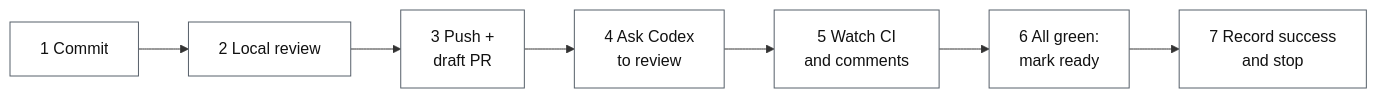
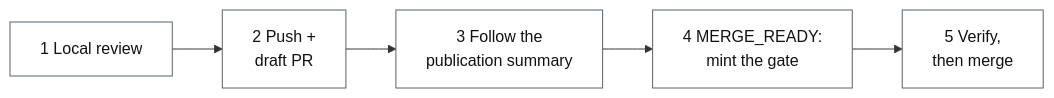
Before and after one commit to fengjiachun/review-bridge: the first of 2 diagrams in docs/review-flow.md, drawn with Mermaid. The commit also changed other lines of this file and 26 other files, not shown here.

````diff
--- a/docs/review-flow.md
+++ b/docs/review-flow.md
@@ -38,11 +35,9 @@
 ```mermaid
 flowchart LR
-  A["1 Commit"] --> B["2 Local review"]
-  B --> C["3 Push +<br/>draft PR"]
-  C --> D["4 Ask Codex<br/>to review"]
-  D --> E["5 Watch CI<br/>and comments"]
-  E --> F["6 All green:<br/>mark ready"]
-  F --> G["7 Record success<br/>and stop"]
+  A["1 Local review"] --> B["2 Push +<br/>draft PR"]
+  B --> C["3 Follow the<br/>publication summary"]
+  C --> D["4 MERGE_READY:<br/>mint the gate"]
+  D --> E["5 Verify,<br/>then merge"]
   classDef n fill:#ffffff,stroke:#57606a,stroke-width:1px,color:#111111;
-  class A,B,C,D,E,F,G n;
+  class A,B,C,D,E n;
 ```
````
